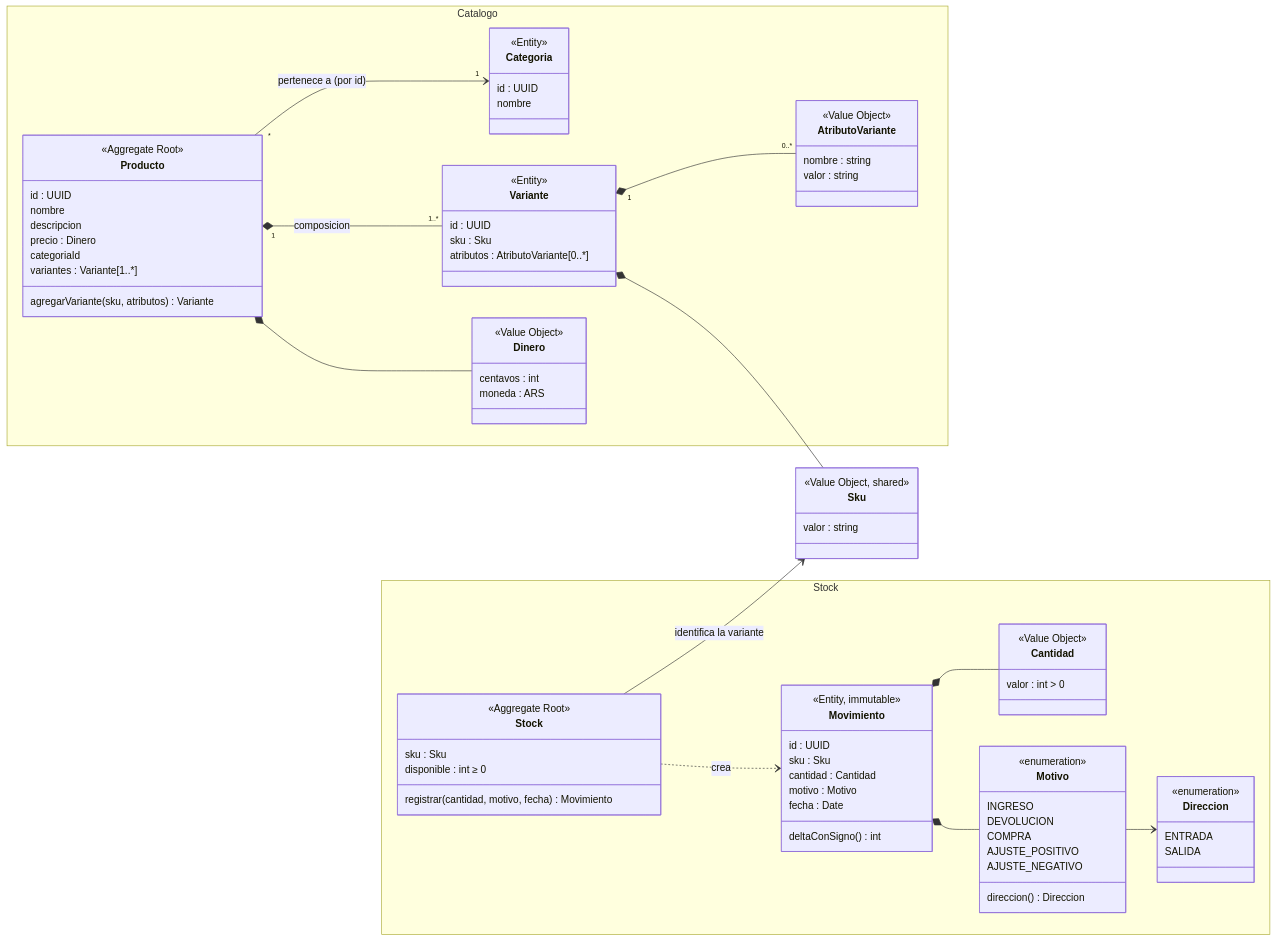
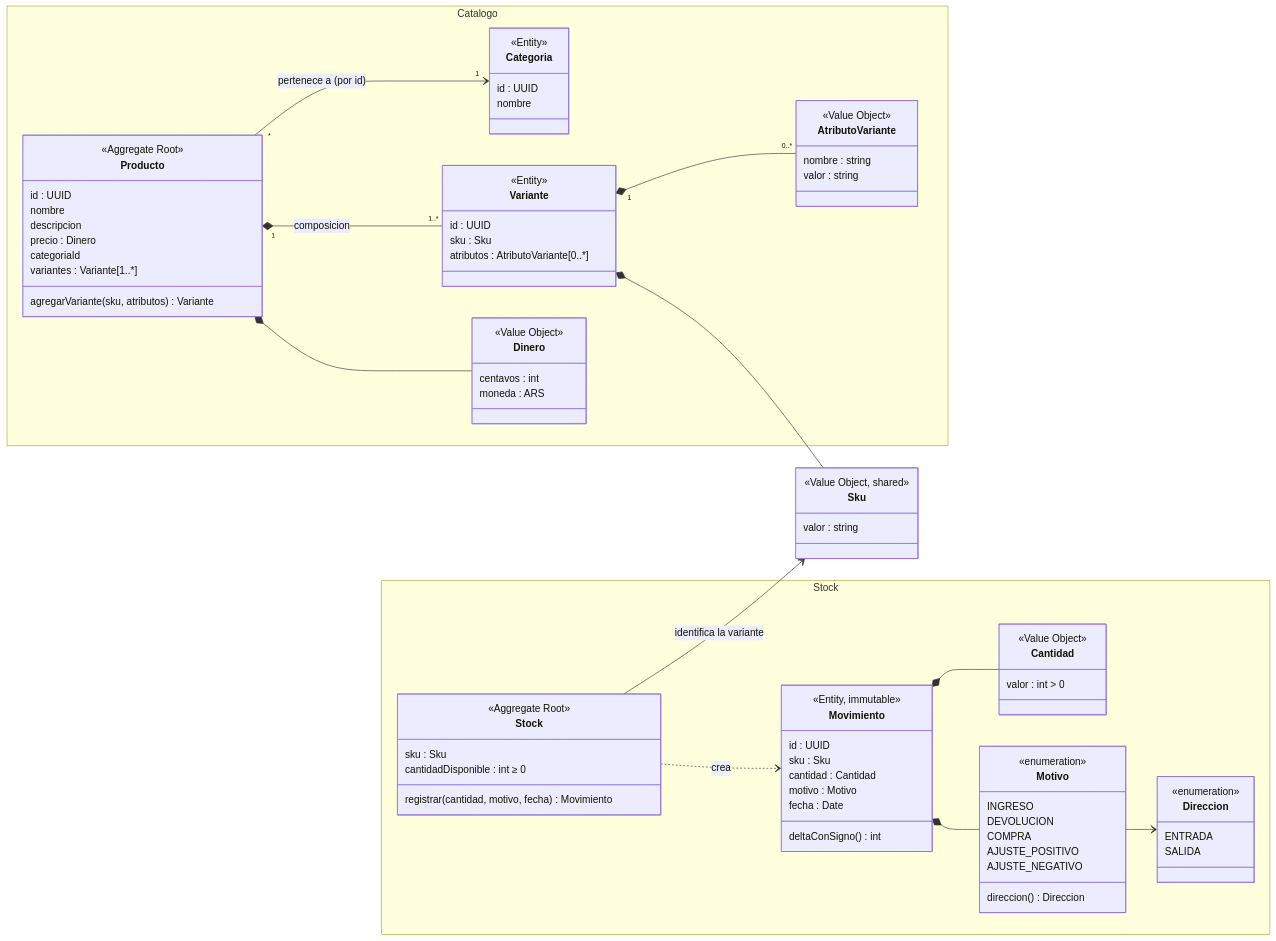
Before and after one commit to eprediger/challenge-backend-ecommerce: the diagram in PLAN.md, drawn with Mermaid. The commit also changed other lines of this file and 15 other files, not shown here.

```diff
--- a/PLAN.md
+++ b/PLAN.md
@@ -67,7 +67,7 @@
         class StockAgg["Stock"] {
             <<Aggregate Root>>
             sku : Sku
-            disponible : int ≥ 0
+            cantidadDisponible : int ≥ 0
             registrar(cantidad, motivo, fecha) Movimiento
         }
         class Movimiento {
```
